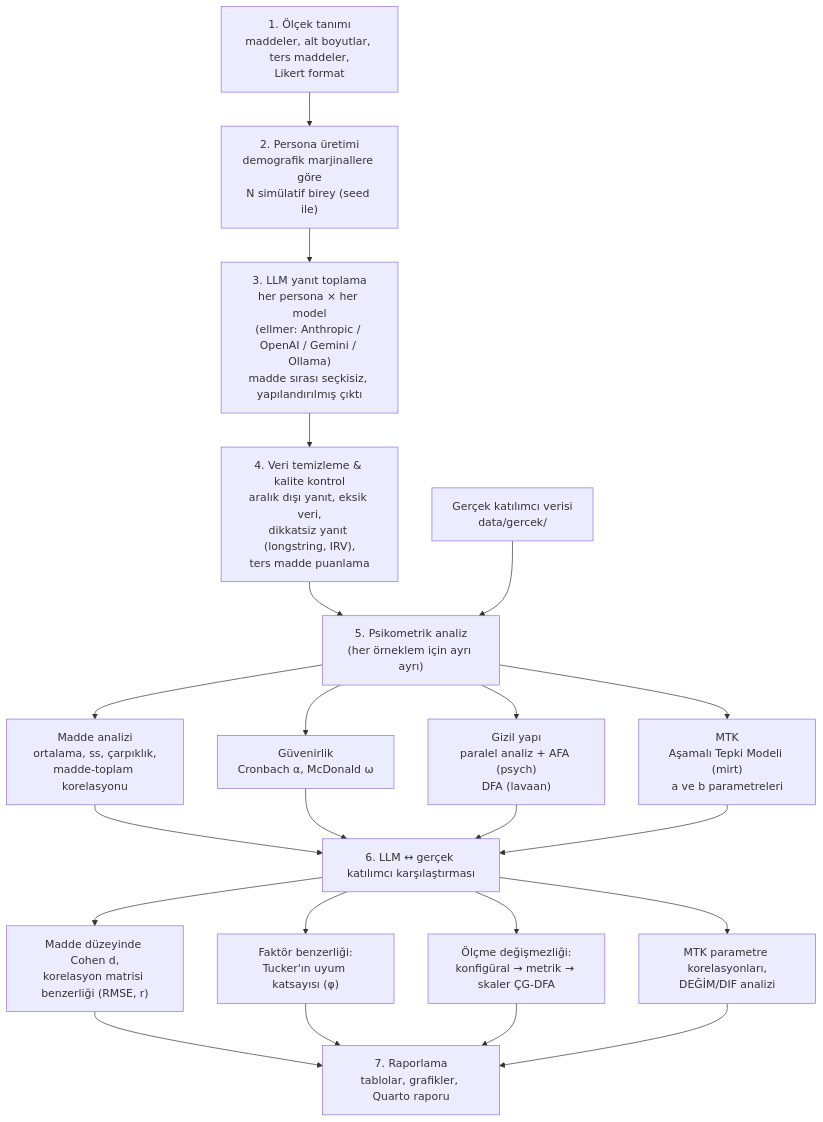
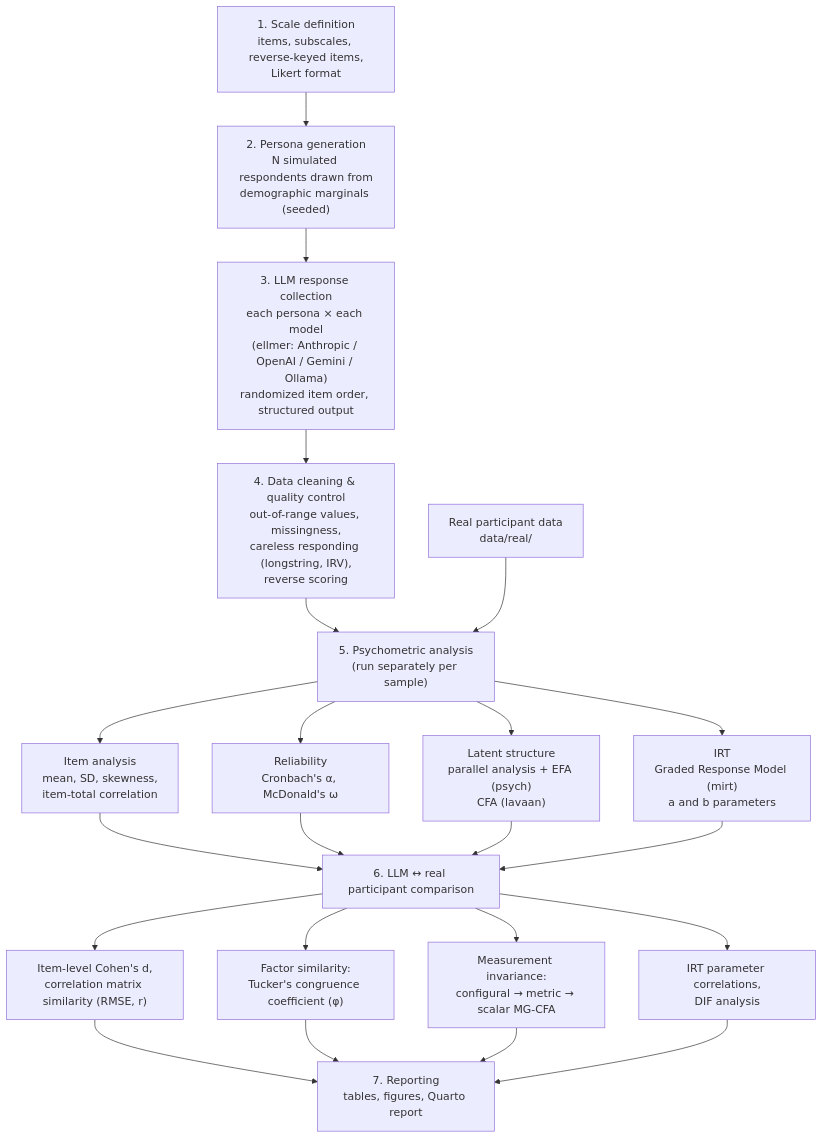
One commit to tkacak/tkacak changed the diagram in README.md. Above: the diagram before and after it, drawn with Mermaid. The commit also changed other lines of this file and 16 other files, not shown here.

````diff
--- a/README.md
+++ b/README.md
@@ -13,28 +13,28 @@
 ```mermaid
 flowchart TD
-    A["1. Ölçek tanımı<br/>maddeler, alt boyutlar, ters maddeler,<br/>Likert format"] --> B["2. Persona üretimi<br/>demografik marjinallere göre<br/>N simülatif birey (seed ile)"]
-    B --> C["3. LLM yanıt toplama<br/>her persona × her model<br/>(ellmer: Anthropic / OpenAI / Gemini / Ollama)<br/>madde sırası seçkisiz, yapılandırılmış çıktı"]
-    C --> D["4. Veri temizleme & kalite kontrol<br/>aralık dışı yanıt, eksik veri,<br/>dikkatsiz yanıt (longstring, IRV),<br/>ters madde puanlama"]
-    D --> E["5. Psikometrik analiz<br/>(her örneklem için ayrı ayrı)"]
-    H["Gerçek katılımcı verisi<br/>data/gercek/"] --> E
+    A["1. Scale definition<br/>items, subscales, reverse-keyed items,<br/>Likert format"] --> B["2. Persona generation<br/>N simulated respondents drawn from<br/>demographic marginals (seeded)"]
+    B --> C["3. LLM response collection<br/>each persona × each model<br/>(ellmer: Anthropic / OpenAI / Gemini / Ollama)<br/>randomized item order, structured output"]
+    C --> D["4. Data cleaning & quality control<br/>out-of-range values, missingness,<br/>careless responding (longstring, IRV),<br/>reverse scoring"]
+    D --> E["5. Psychometric analysis<br/>(run separately per sample)"]
+    H["Real participant data<br/>data/real/"] --> E
 
-    E --> E1["Madde analizi<br/>ortalama, ss, çarpıklık,<br/>madde-toplam korelasyonu"]
-    E --> E2["Güvenirlik<br/>Cronbach α, McDonald ω"]
-    E --> E3["Gizil yapı<br/>paralel analiz + AFA (psych)<br/>DFA (lavaan)"]
-    E --> E4["MTK<br/>Aşamalı Tepki Modeli (mirt)<br/>a ve b parametreleri"]
+    E --> E1["Item analysis<br/>mean, SD, skewness,<br/>item-total correlation"]
+    E --> E2["Reliability<br/>Cronbach's α, McDonald's ω"]
+    E --> E3["Latent structure<br/>parallel analysis + EFA (psych)<br/>CFA (lavaan)"]
+    E --> E4["IRT<br/>Graded Response Model (mirt)<br/>a and b parameters"]
 
-    E1 --> F["6. LLM ↔ gerçek katılımcı karşılaştırması"]
+    E1 --> F["6. LLM ↔ real participant comparison"]
     E2 --> F
     E3 --> F
     E4 --> F
 
-    F --> F1["Madde düzeyinde Cohen d,<br/>korelasyon matrisi benzerliği (RMSE, r)"]
-    F --> F2["Faktör benzerliği:<br/>Tucker'ın uyum katsayısı (φ)"]
-    F --> F3["Ölçme değişmezliği:<br/>konfigüral → metrik → skaler ÇG-DFA"]
-    F --> F4["MTK parametre korelasyonları,<br/>DEĞİM/DIF analizi"]
+    F --> F1["Item-level Cohen's d,<br/>correlation matrix similarity (RMSE, r)"]
+    F --> F2["Factor similarity:<br/>Tucker's congruence coefficient (φ)"]
+    F --> F3["Measurement invariance:<br/>configural → metric → scalar MG-CFA"]
+    F --> F4["IRT parameter correlations,<br/>DIF analysis"]
 
-    F1 --> G["7. Raporlama<br/>tablolar, grafikler, Quarto raporu"]
+    F1 --> G["7. Reporting<br/>tables, figures, Quarto report"]
     F2 --> G
     F3 --> G
     F4 --> G
 ```
````
